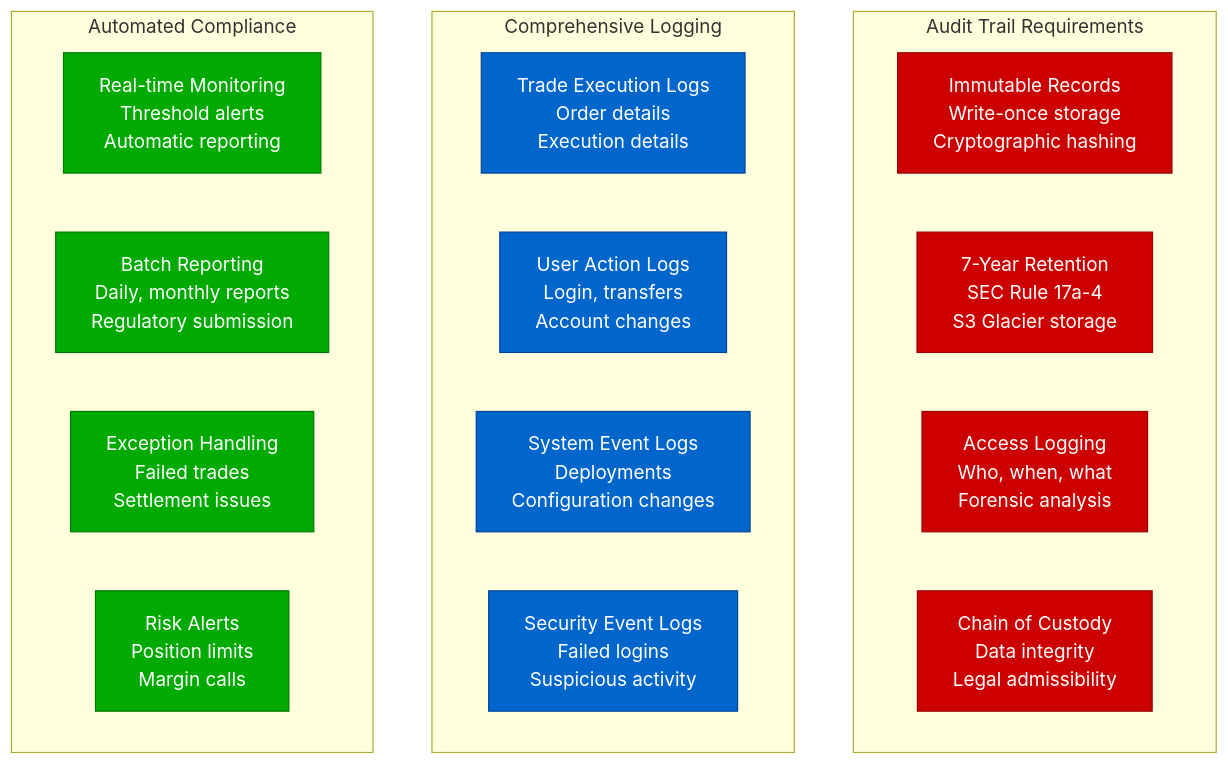
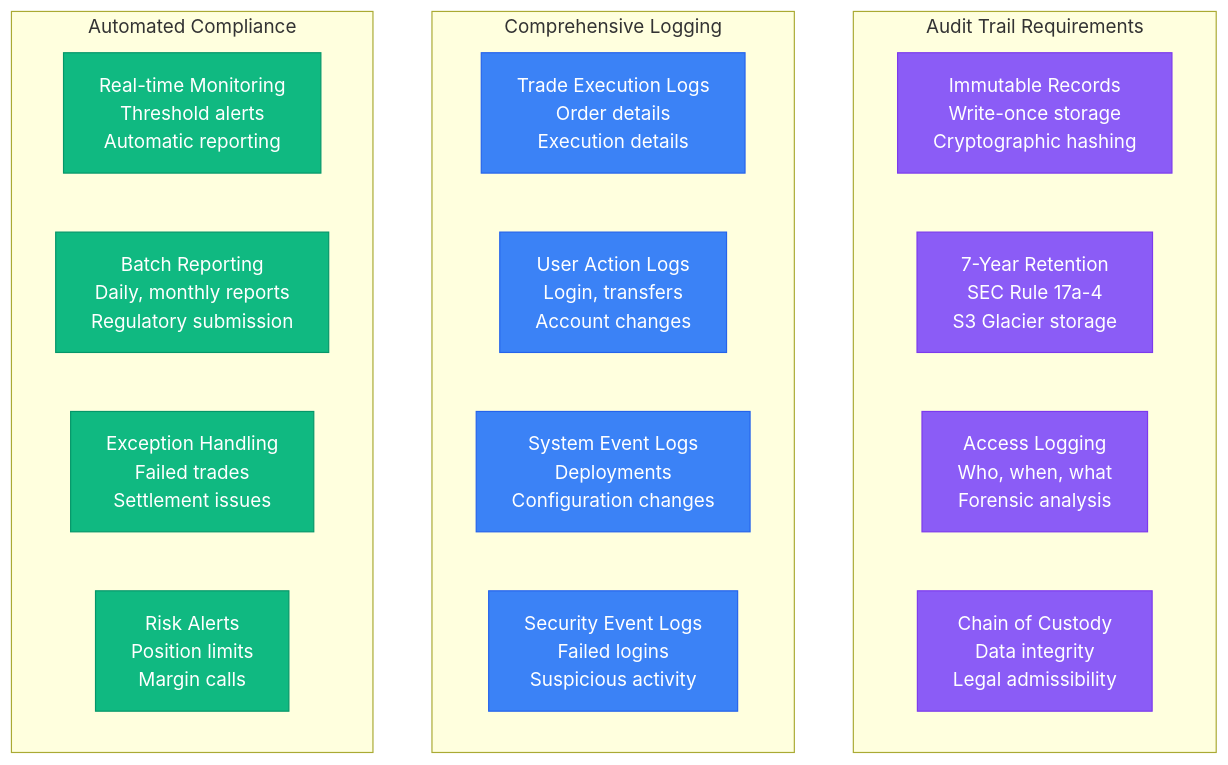
One commit to deepaucksharma/DS changed the eighth of 9 diagrams in site/docs/systems/robinhood/08-production-operations.md. Above: the diagram before and after it, drawn with Mermaid. The commit also changed other lines of this file and 187 other files, not shown here.

````diff
--- a/site/docs/systems/robinhood/08-production-operations.md
+++ b/site/docs/systems/robinhood/08-production-operations.md
@@ -382,31 +382,31 @@
 ```mermaid
 graph TB
     subgraph AuditRequirements[Audit Trail Requirements]
         IMMUTABLE[Immutable Records<br/>Write-once storage<br/>Cryptographic hashing]
         RETENTION[7-Year Retention<br/>SEC Rule 17a-4<br/>S3 Glacier storage]
         ACCESS_LOG[Access Logging<br/>Who, when, what<br/>Forensic analysis]
         CHAIN_CUSTODY[Chain of Custody<br/>Data integrity<br/>Legal admissibility]
     end
 
     subgraph LoggingCapture[Comprehensive Logging]
         TRADE_LOGS[Trade Execution Logs<br/>Order details<br/>Execution details]
         USER_ACTIONS[User Action Logs<br/>Login, transfers<br/>Account changes]
         SYSTEM_EVENTS[System Event Logs<br/>Deployments<br/>Configuration changes]
         SECURITY_EVENTS[Security Event Logs<br/>Failed logins<br/>Suspicious activity]
     end
 
     subgraph ComplianceReporting[Automated Compliance]
         REAL_TIME[Real-time Monitoring<br/>Threshold alerts<br/>Automatic reporting]
         BATCH_REPORTS[Batch Reporting<br/>Daily, monthly reports<br/>Regulatory submission]
         EXCEPTION_HANDLING[Exception Handling<br/>Failed trades<br/>Settlement issues]
         RISK_ALERTS[Risk Alerts<br/>Position limits<br/>Margin calls]
     end
 
-    classDef auditStyle fill:#CC0000,stroke:#990000,color:#fff
-    classDef loggingStyle fill:#0066CC,stroke:#004499,color:#fff
-    classDef reportingStyle fill:#00AA00,stroke:#007700,color:#fff
+    classDef auditStyle fill:#8B5CF6,stroke:#7C3AED,color:#fff
+    classDef loggingStyle fill:#3B82F6,stroke:#2563EB,color:#fff
+    classDef reportingStyle fill:#10B981,stroke:#059669,color:#fff
 
     class IMMUTABLE,RETENTION,ACCESS_LOG,CHAIN_CUSTODY auditStyle
     class TRADE_LOGS,USER_ACTIONS,SYSTEM_EVENTS,SECURITY_EVENTS loggingStyle
     class REAL_TIME,BATCH_REPORTS,EXCEPTION_HANDLING,RISK_ALERTS reportingStyle
 ```
````
